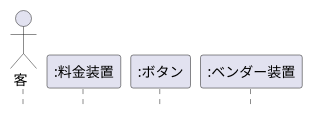
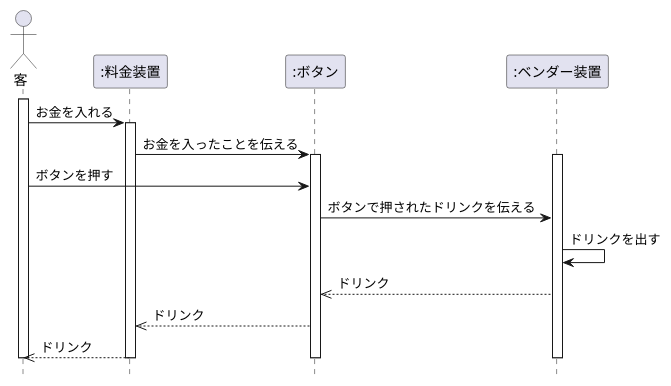
Before and after one commit to syutamorijyobi/uml-introduction: the diagram in 演習6-4-3_シーケンス図_自動販売機.pu, drawn with PlantUML. The commit also changed 4 other files, not shown here.

```diff
--- a/演習6-4-3_シーケンス図_自動販売機.pu
+++ b/演習6-4-3_シーケンス図_自動販売機.pu
@@ -1,9 +1,23 @@
 @startuml 自販機
 hide footbox
 Actor 客 as guest
 participant ":料金装置" as price
-participant ":ボタン" as Bboton
+participant ":ボタン" as boton
 participant ":ベンダー装置" as bender
-
-
+activate guest
+guest -> price :お金を入れる
+activate price
+price -> boton : お金を入ったことを伝える
+activate boton
+activate bender
+guest->boton :ボタンを押す
+boton ->bender:ボタンで押されたドリンクを伝える
+bender ->bender :ドリンクを出す
+bender -->> boton :ドリンク
+boton -->> price : ドリンク
+price -->> guest: ドリンク
+deactivate bender
+deactivate boton
+deactivate price
+deactivate guest
 @enduml
```
